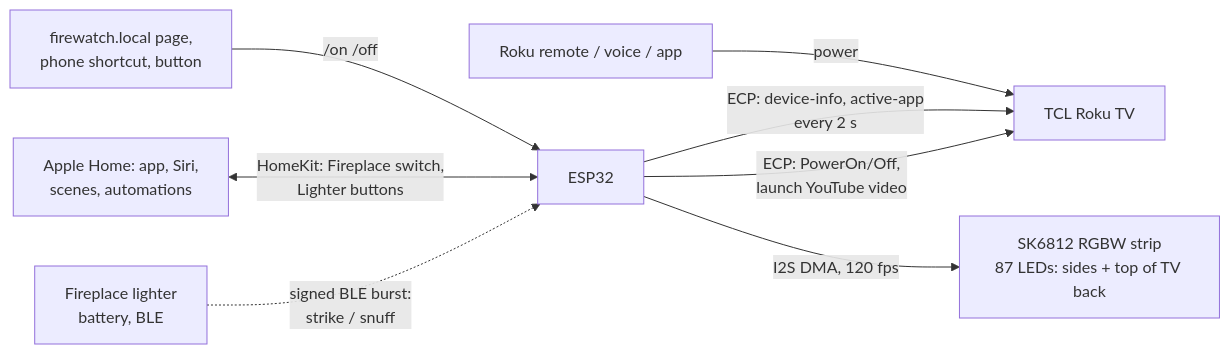
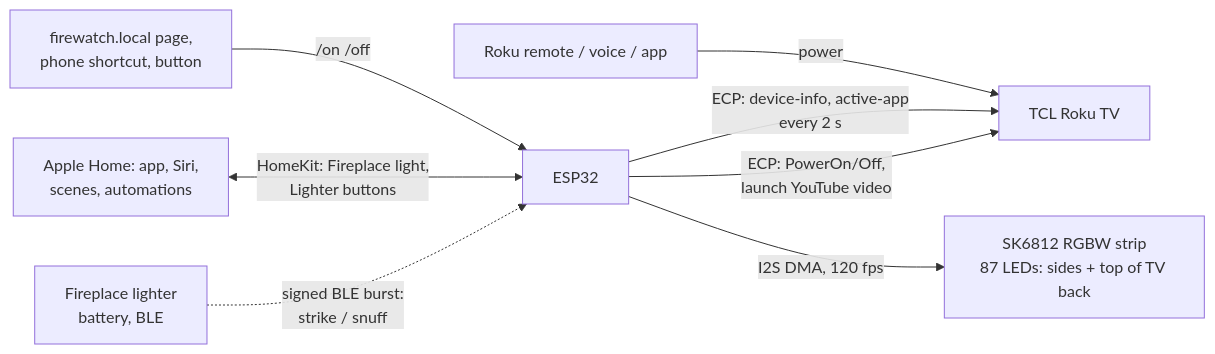
The diagram in README.md (micahflock/Firewatch), drawn with Mermaid before and after one commit. The commit also changed other lines of this file and 8 other files, not shown here.

First line of the commit message:
Apple Home: dimmable Fireplace light kept in sync by HomeSync

````diff
--- a/README.md
+++ b/README.md
@@ -11,10 +11,10 @@
 ```mermaid
 flowchart LR
   R[Roku remote / voice / app] -->|power| TV[TCL Roku TV]
   W[firewatch.local page,<br>phone shortcut, button] -->|/on /off| E
-  H[Apple Home: app, Siri,<br>scenes, automations] <-->|HomeKit: Fireplace switch,<br>Lighter buttons| E
+  H[Apple Home: app, Siri,<br>scenes, automations] <-->|HomeKit: Fireplace light,<br>Lighter buttons| E
   Z[Fireplace lighter<br>battery, BLE] -.->|signed BLE burst:<br>strike / snuff| E
   E[ESP32] -->|ECP: device-info, active-app<br>every 2 s| TV
   E -->|ECP: PowerOn/Off,<br>launch YouTube video| TV
   E -->|I2S DMA, 120 fps| L[SK6812 RGBW strip<br>87 LEDs: sides + top of TV back]
 ```
````
